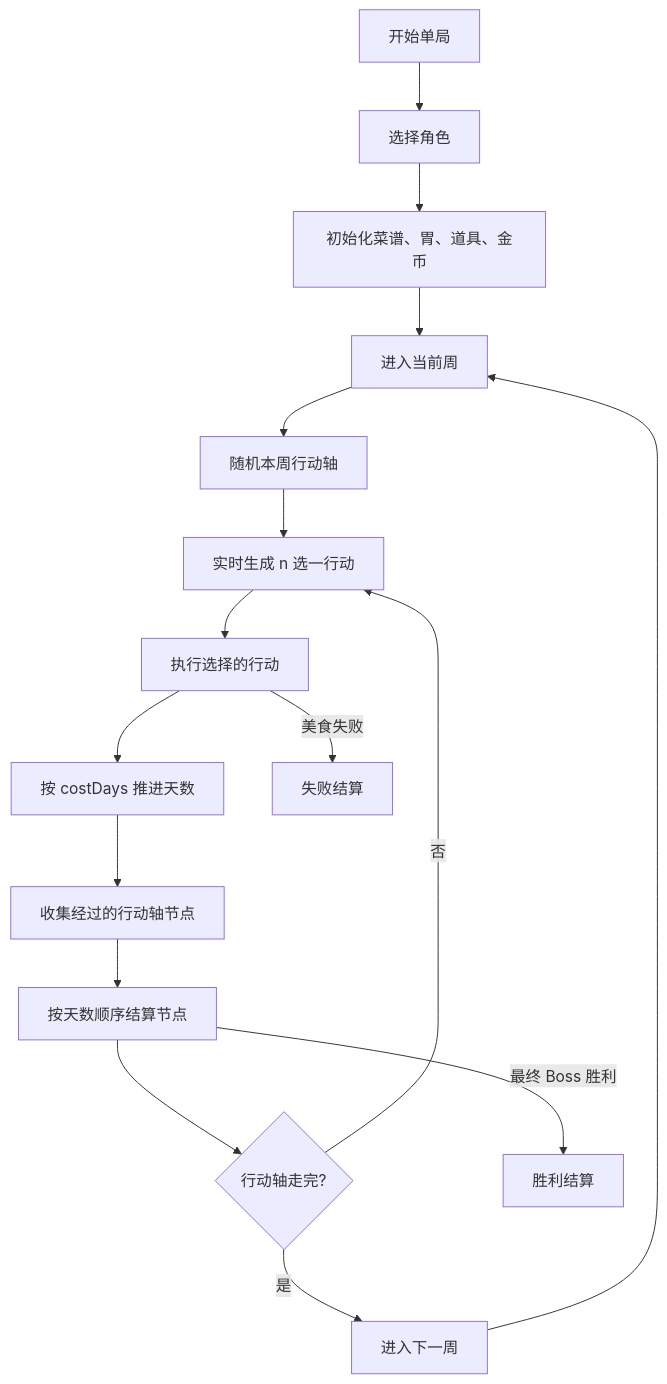
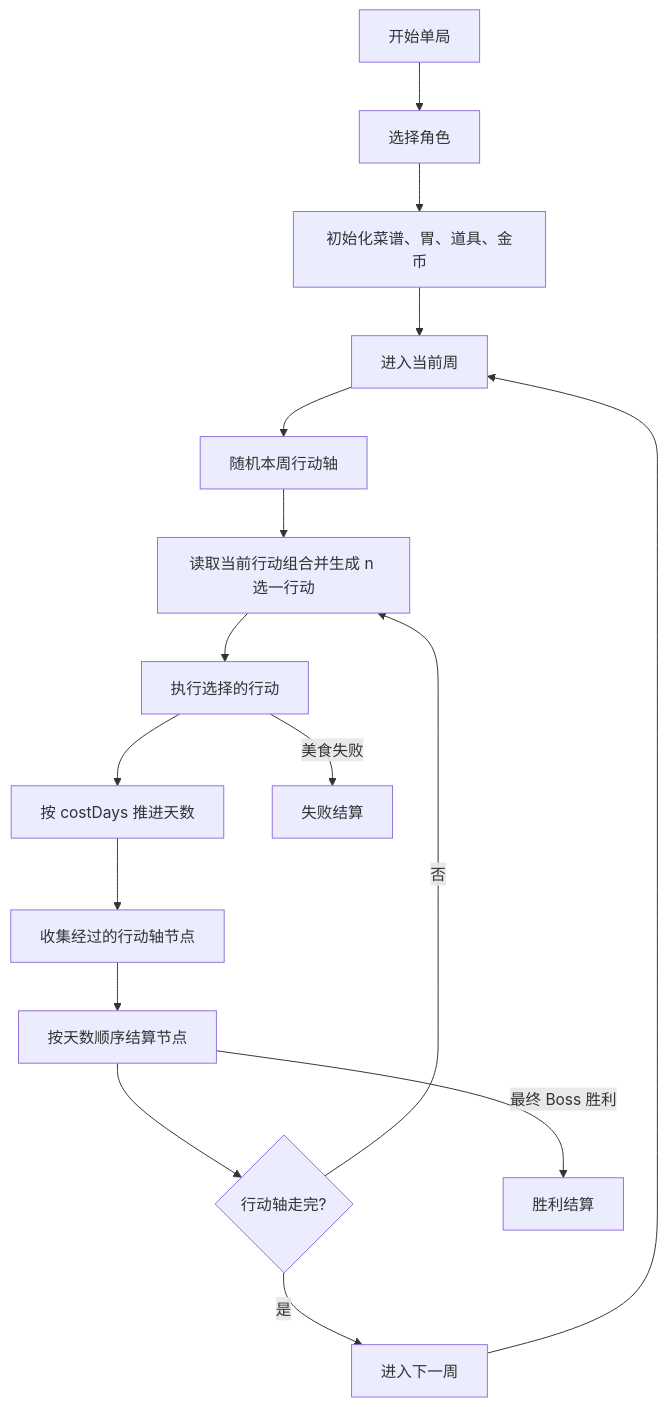
Before and after one commit to 2563495284/gourmetproject: the diagram in GourmetProject/docs/design/游戏设计.md, drawn with Mermaid. The commit also changed other lines of this file and 48 other files, not shown here.

````diff
--- a/GourmetProject/docs/design/游戏设计.md
+++ b/GourmetProject/docs/design/游戏设计.md
@@ -21,18 +22,18 @@
 ```mermaid
 flowchart TD
   StartRun["开始单局"] --> SelectCharacter["选择角色"]
   SelectCharacter --> InitRun["初始化菜谱、胃、道具、金币"]
   InitRun --> WeekStart["进入当前周"]
   WeekStart --> RollTimeline["随机本周行动轴"]
-  RollTimeline --> ChooseAction["实时生成 n 选一行动"]
+  RollTimeline --> ChooseAction["读取当前行动组合并生成 n 选一行动"]
   ChooseAction --> ExecuteAction["执行选择的行动"]
   ExecuteAction --> AdvanceDays["按 costDays 推进天数"]
   AdvanceDays --> CollectNodes["收集经过的行动轴节点"]
   CollectNodes --> ResolveNodes["按天数顺序结算节点"]
   ResolveNodes --> WeekFinished{"行动轴走完?"}
   WeekFinished -->|"否"| ChooseAction
   WeekFinished -->|"是"| NextWeek["进入下一周"]
   NextWeek --> WeekStart
   ExecuteAction -->|"美食失败"| Defeat["失败结算"]
   ResolveNodes -->|"最终 Boss 胜利"| Victory["胜利结算"]
 ```
````
